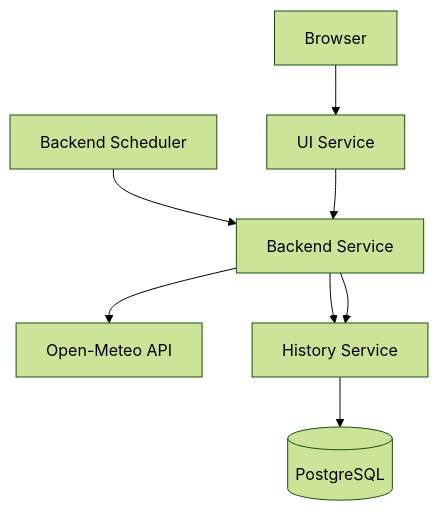
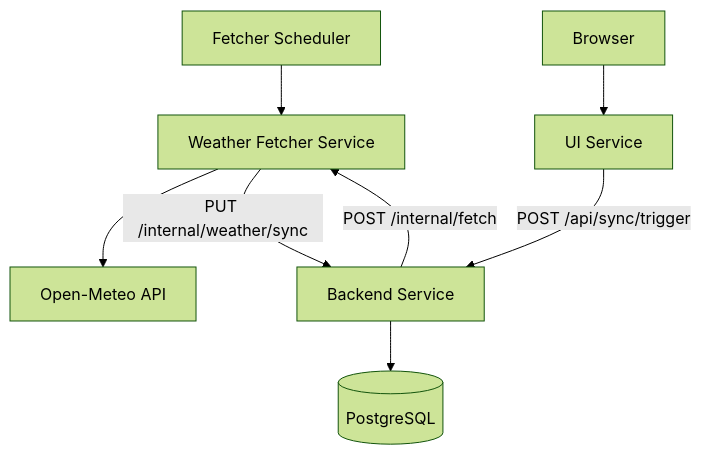
The first of 4 diagrams in docs/architecture.md (ua-academy-projects/push-and-pray), drawn with Mermaid (forest theme) before and after one commit. The commit also changed other lines of this file and 177 other files, not shown here.

````diff
--- a/docs/architecture.md
+++ b/docs/architecture.md
@@ -18,11 +20,11 @@
 ```mermaid
 flowchart TD
-    Scheduler[Backend Scheduler] --> Backend[Backend Service]
-    Backend --> OpenMeteo[Open-Meteo API]
-    Backend --> History[History Service]
-    History --> PostgreSQL[(PostgreSQL)]
+    Scheduler[Fetcher Scheduler] --> Fetcher[Weather Fetcher Service]
+    Fetcher --> OpenMeteo[Open-Meteo API]
+    Fetcher -->|PUT /internal/weather/sync| Backend[Backend Service]
+    Backend --> PostgreSQL[(PostgreSQL)]
 
     User[Browser] --> UI[UI Service]
-    UI --> Backend
-    Backend --> History
+    UI -->|POST /api/sync/trigger| Backend
+    Backend -->|POST /internal/fetch| Fetcher
 ```
````
